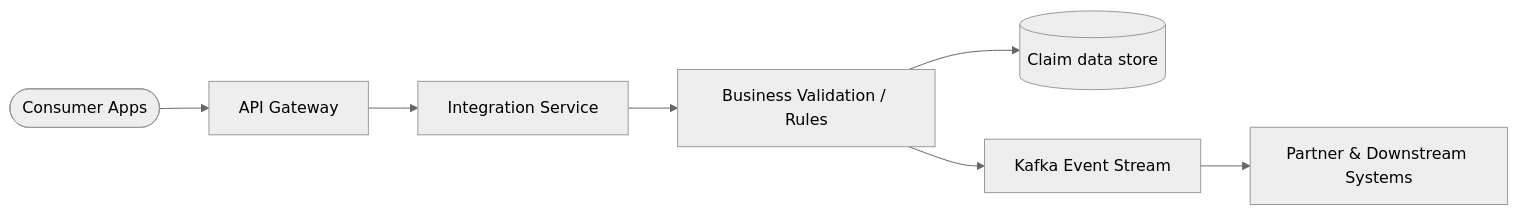
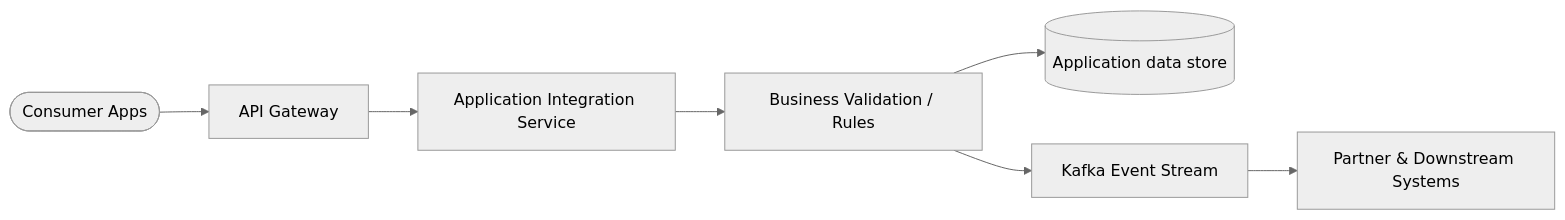
Before and after one commit to srinivma1/awesome-copilot: the first of 7 diagrams in HLD.md, drawn with Mermaid (neutral theme). The commit also changed other lines of this file, not shown here.

````diff
--- a/HLD.md
+++ b/HLD.md
@@ -61,9 +61,9 @@
 ```mermaid
 flowchart LR
     Client([Consumer Apps]) --> GW[API Gateway]
-    GW --> S[Integration Service]
+    GW --> S[Application Integration Service]
     S --> V[Business Validation / Rules]
-    V --> DB[(Claim data store)]
+    V --> DB[(Application data store)]
     V --> K[Kafka Event Stream]
     K --> D[Partner & Downstream Systems]
 ```
````
